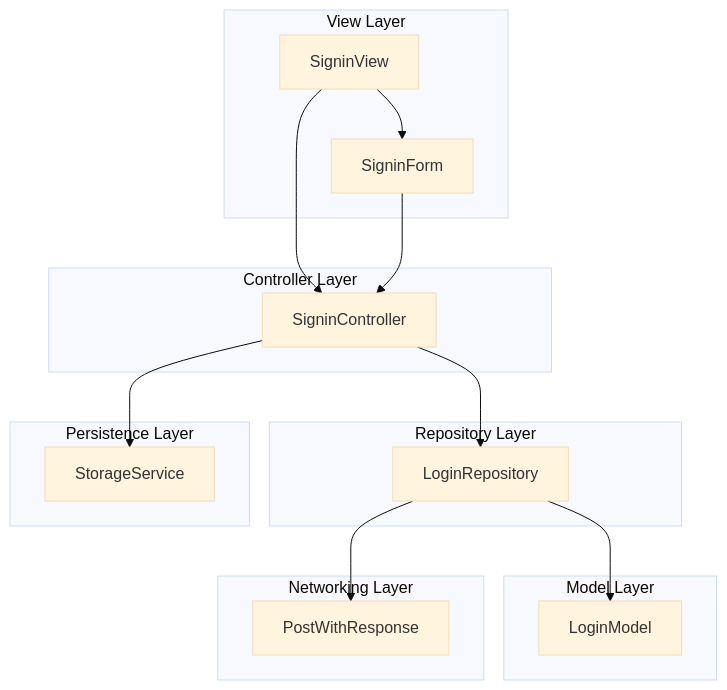
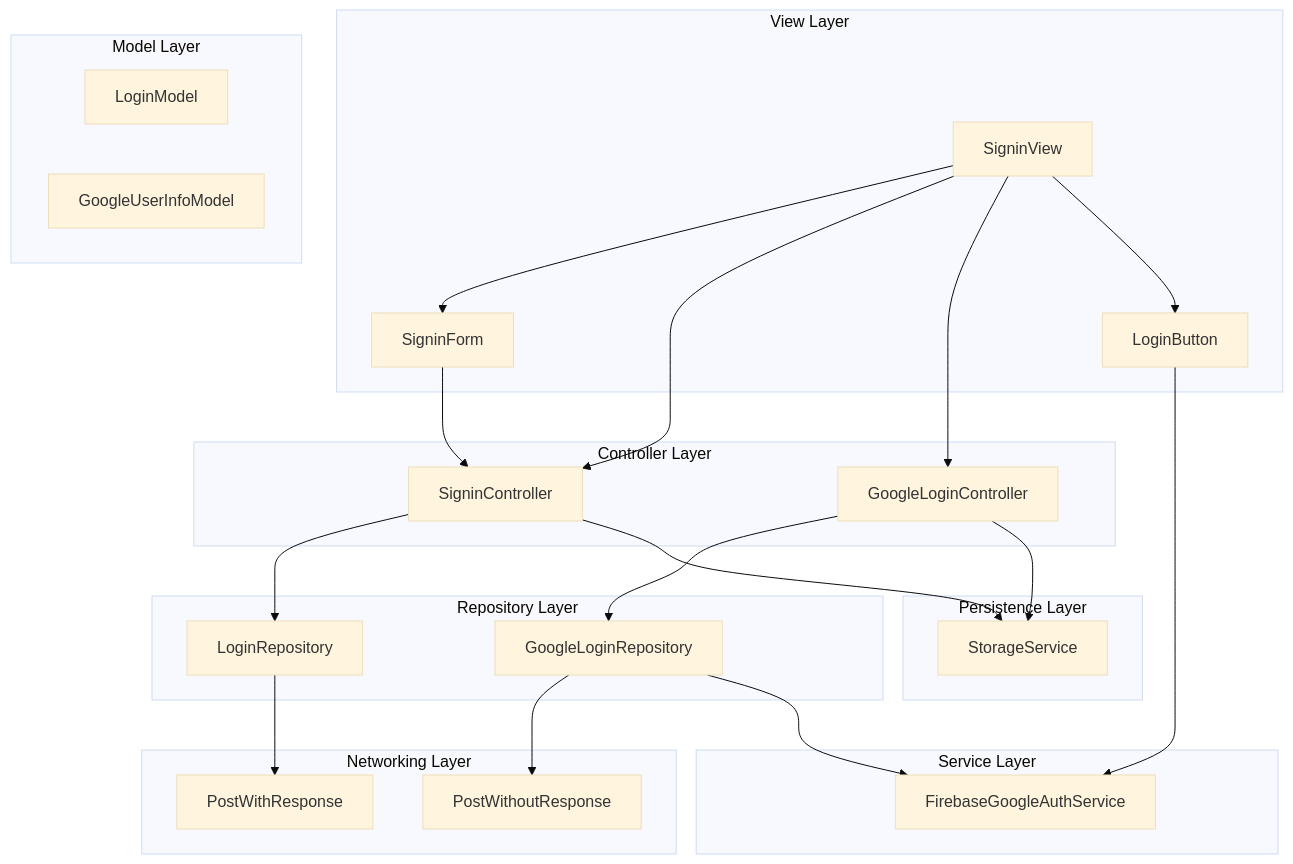
The first of 4 diagrams in .qoder/repowiki/en/content/Core Features/Authentication System/Login System.md (Ariful3111/FurniGo), drawn with Mermaid (base theme) before and after one commit. The commit also changed other lines of this file and 11 other files, not shown here.

````diff
--- a/.qoder/repowiki/en/content/Core Features/Authentication System/Login System.md
+++ b/.qoder/repowiki/en/content/Core Features/Authentication System/Login System.md
@@ -43,29 +59,43 @@
 ```mermaid
 graph TB
 subgraph "View Layer"
 SV["SigninView"]
 SF["SigninForm"]
+LB["LoginButton"]
 end
 subgraph "Controller Layer"
 SC["SigninController"]
+GLC["GoogleLoginController"]
 end
 subgraph "Repository Layer"
 LR["LoginRepository"]
+GLR["GoogleLoginRepository"]
 end
 subgraph "Model Layer"
 LM["LoginModel"]
+GUM["GoogleUserInfoModel"]
 end
 subgraph "Persistence Layer"
 SS["StorageService"]
 end
 subgraph "Networking Layer"
 PWR["PostWithResponse"]
+PWR2["PostWithoutResponse"]
+end
+subgraph "Service Layer"
+FGA["FirebaseGoogleAuthService"]
 end
 SV --> SF
 SV --> SC
+SV --> GLC
+SV --> LB
 SF --> SC
+LB --> FGA
 SC --> LR
+GLC --> GLR
 LR --> PWR
-LR --> LM
+GLR --> PWR2
+GLR --> FGA
 SC --> SS
+GLC --> SS
 ```
````
